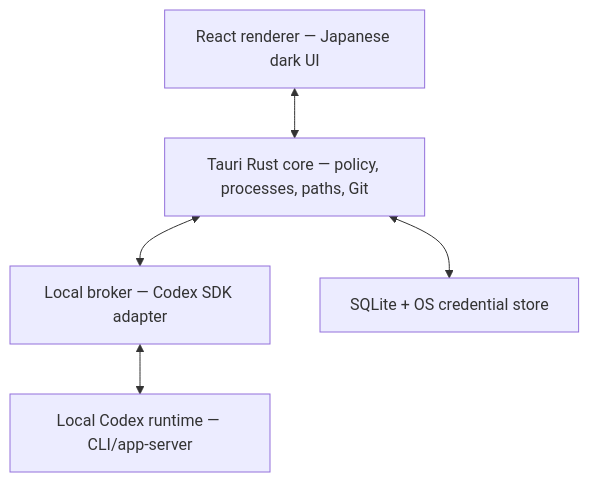
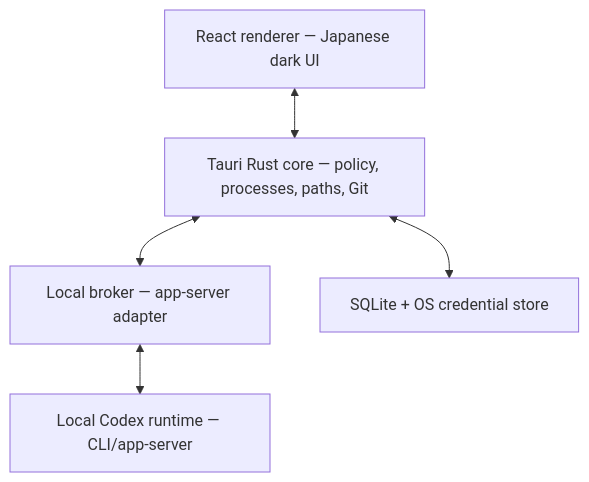
The diagram in docs/architecture.md (NEGI46/Codex-shell), drawn with Mermaid before and after one commit. The commit also changed other lines of this file and 27 other files, not shown here.

````diff
--- a/docs/architecture.md
+++ b/docs/architecture.md
@@ -11,12 +11,12 @@
 ```mermaid
 flowchart TB
   UI["React renderer — Japanese dark UI"]
   Core["Tauri Rust core — policy, processes, paths, Git"]
-  Broker["Local broker — Codex SDK adapter"]
+  Broker["Local broker — app-server adapter"]
   Codex["Local Codex runtime — CLI/app-server"]
   Store["SQLite + OS credential store"]
   UI <--> Core
   Core <--> Broker
   Broker <--> Codex
   Core <--> Store
 ```
````
